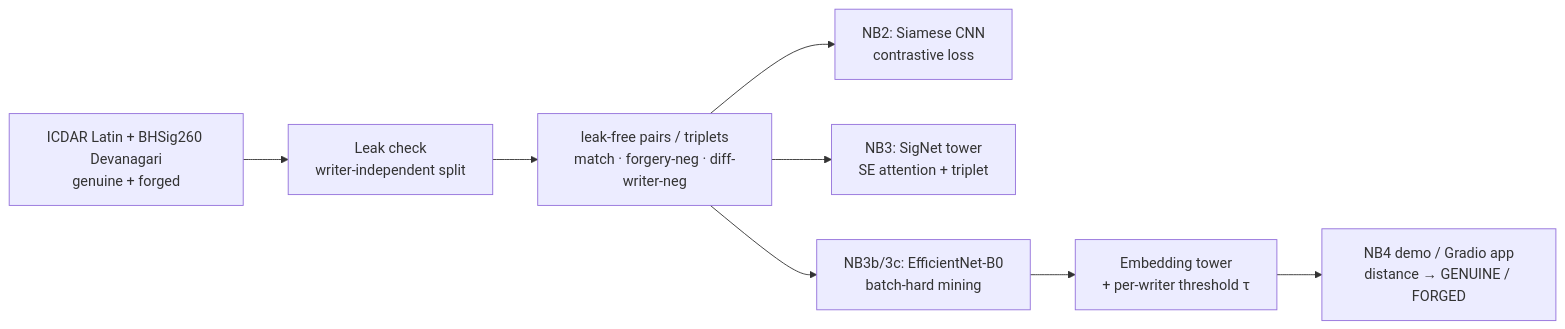
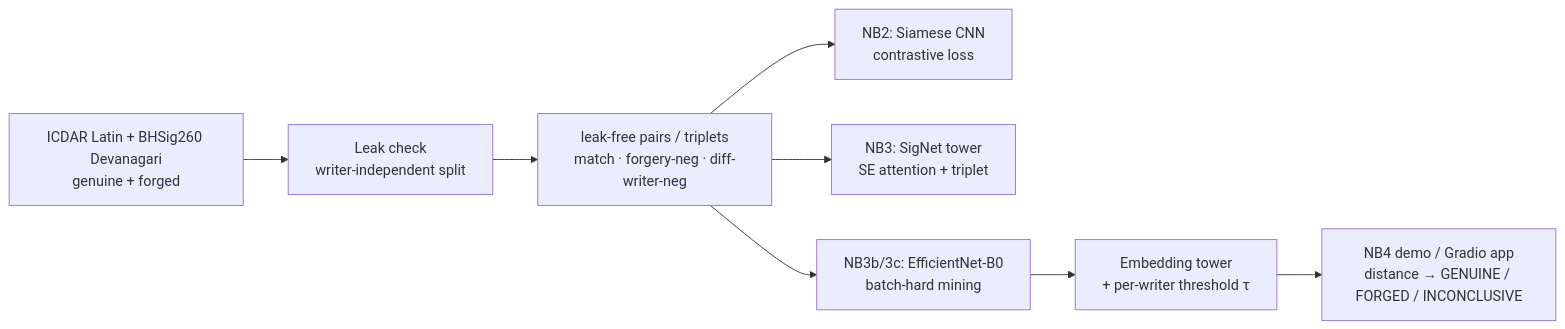
The diagram in README.md (goyashek/signature-forgery-verification), drawn with Mermaid before and after one commit. The commit also changed other lines of this file and 3 other files, not shown here.

````diff
--- a/README.md
+++ b/README.md
@@ -222,10 +222,10 @@
 ```mermaid
 flowchart LR
     A[ICDAR Latin + BHSig260 Devanagari<br/>genuine + forged] --> B[Leak check<br/>writer-independent split]
     B --> C[leak-free pairs / triplets<br/>match · forgery-neg · diff-writer-neg]
     C --> D2[NB2: Siamese CNN<br/>contrastive loss]
     C --> D3[NB3: SigNet tower<br/>SE attention + triplet]
     C --> D4[NB3b/3c: EfficientNet-B0<br/>batch-hard mining]
     D4 --> E[Embedding tower<br/>+ per-writer threshold τ]
-    E --> F[NB4 demo / Gradio app<br/>distance → GENUINE / FORGED]
+    E --> F[NB4 demo / Gradio app<br/>distance → GENUINE / FORGED / INCONCLUSIVE]
 ```
````
